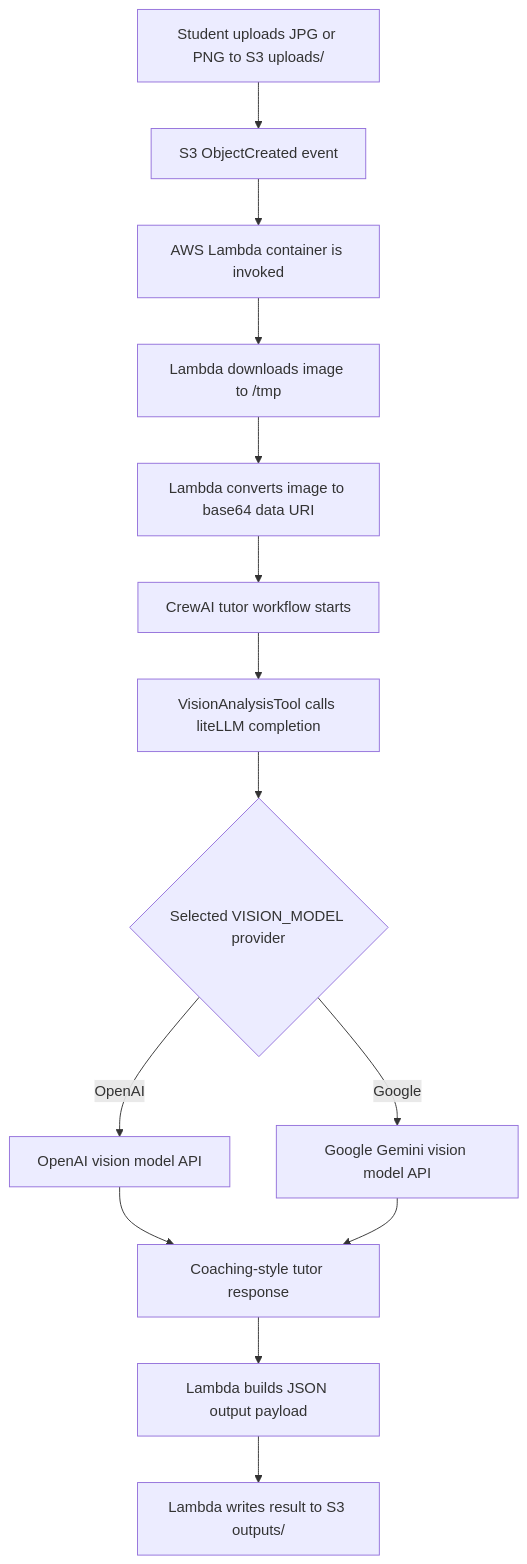
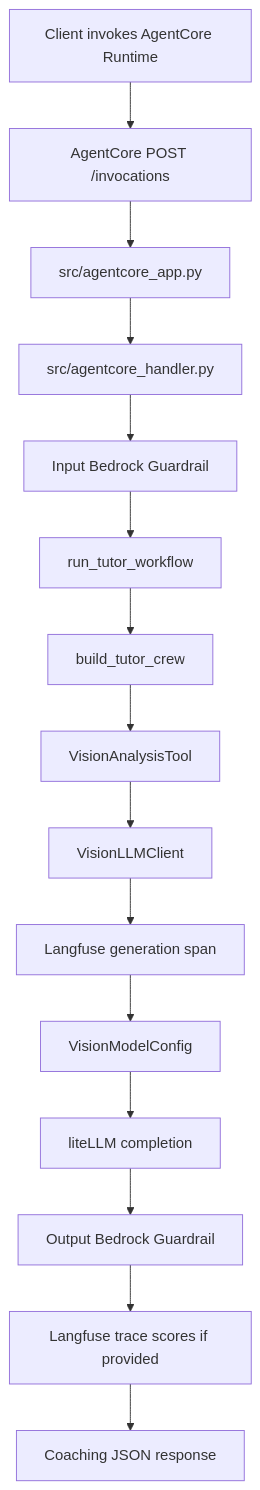
One commit to maverickuser/my-jee-tutor-agent changed the diagram in TECHNICAL_DOCUMENT.md. Above: the diagram before and after it, drawn with Mermaid. The commit also changed other lines of this file and 29 other files, not shown here.

Commit message:
Add AgentCore guardrails runtime

````diff
--- a/TECHNICAL_DOCUMENT.md
+++ b/TECHNICAL_DOCUMENT.md
@@ -65,16 +21,17 @@
 ```mermaid
 flowchart TD
-    A[Student uploads JPG or PNG to S3 uploads/] --> B[S3 ObjectCreated event]
-    B --> C[AWS Lambda container is invoked]
-    C --> D[Lambda downloads image to /tmp]
-    D --> E[Lambda converts image to base64 data URI]
-    E --> F[CrewAI tutor workflow starts]
-    F --> G[VisionAnalysisTool calls liteLLM completion]
-    G --> H{Selected VISION_MODEL provider}
-    H -->|OpenAI| I[OpenAI vision model API]
-    H -->|Google| J[Google Gemini vision model API]
-    I --> K[Coaching-style tutor response]
-    J --> K
-    K --> L[Lambda builds JSON output payload]
-    L --> M[Lambda writes result to S3 outputs/]
+    A[Client invokes AgentCore Runtime] --> B[AgentCore POST /invocations]
+    B --> C[src/agentcore_app.py]
+    C --> D[src/agentcore_handler.py]
+    D --> E[Input Bedrock Guardrail]
+    E --> F[run_tutor_workflow]
+    F --> G[build_tutor_crew]
+    G --> H[VisionAnalysisTool]
+    H --> I[VisionLLMClient]
+    I --> J[Langfuse generation span]
+    J --> K[VisionModelConfig]
+    K --> L[liteLLM completion]
+    L --> M[Output Bedrock Guardrail]
+    M --> N[Langfuse trace scores if provided]
+    N --> O[Coaching JSON response]
 ```
````
